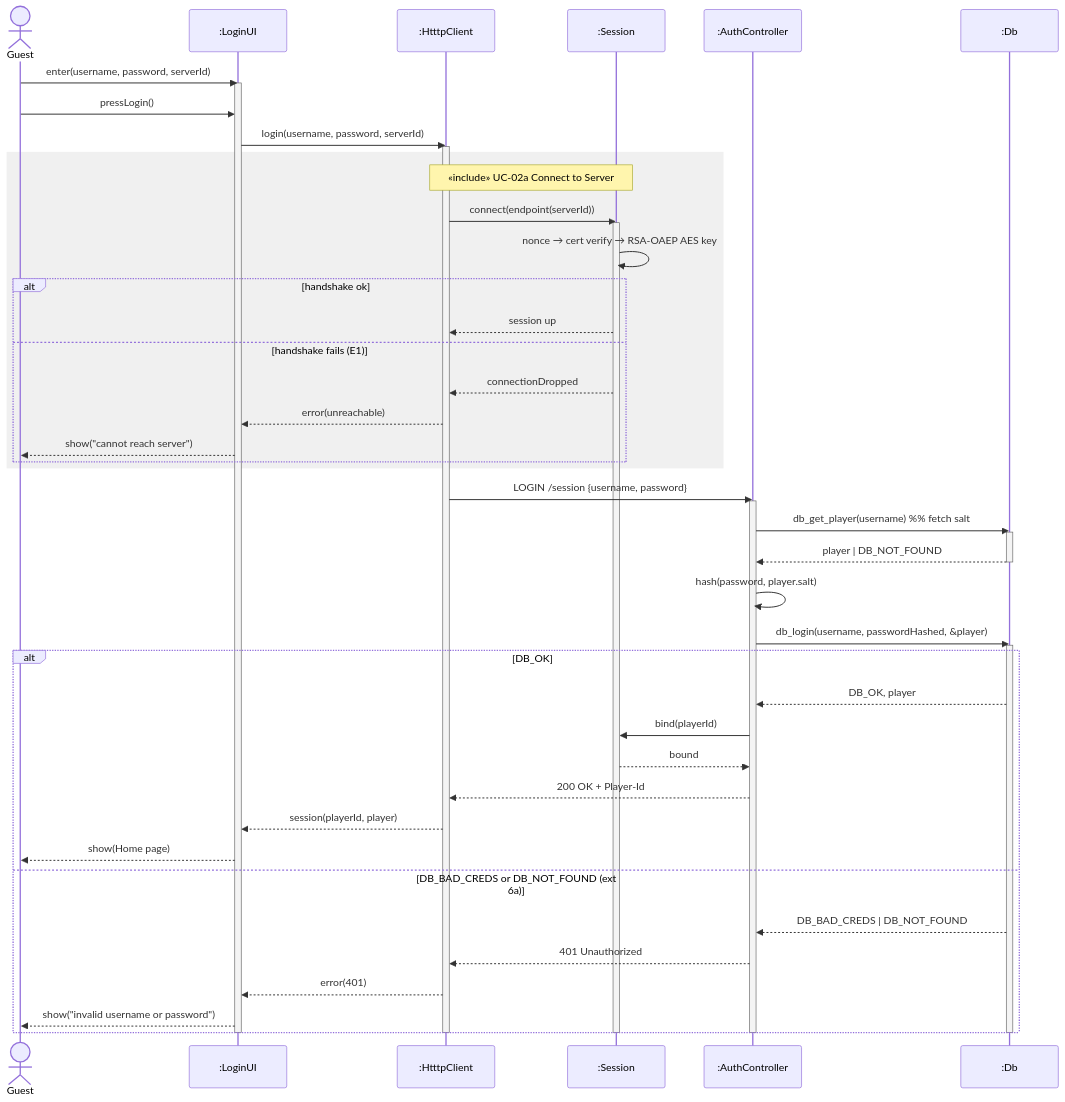
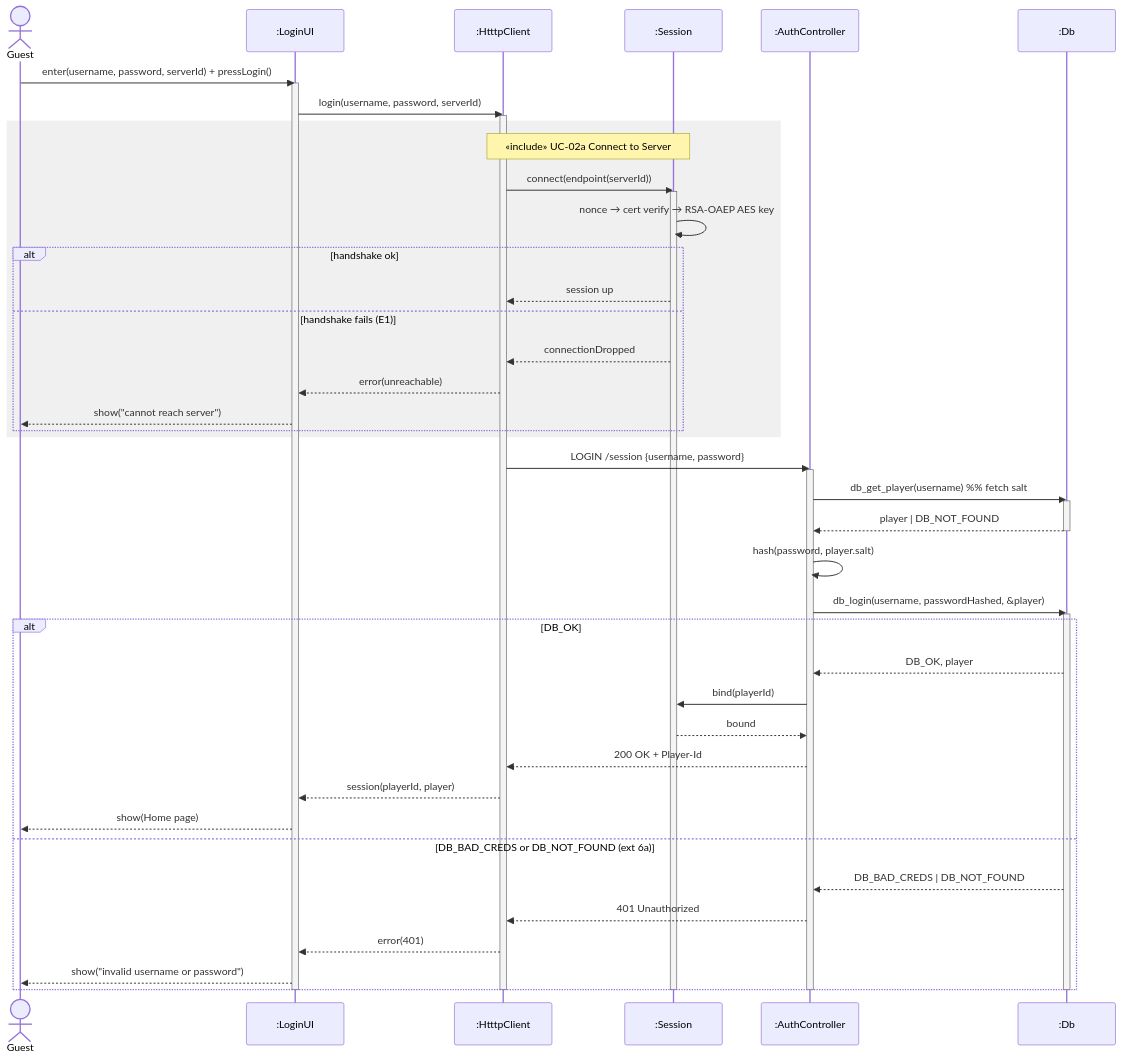
One commit to ziqiqiiii/tetriSH changed the tenth of 16 diagrams in docs/class_diagrams/cd_sd.md. Above: the diagram before and after it, drawn with Mermaid. The commit also changed other lines of this file, not shown here.

Commit message:
docs: refactor sequence diagram interactions by combining user actions

````diff
--- a/docs/class_diagrams/cd_sd.md
+++ b/docs/class_diagrams/cd_sd.md
@@ -856,62 +856,61 @@
 ```mermaid
 sequenceDiagram
     actor Guest
     participant UI as :LoginUI
     participant C as :HtttpClient
     participant S as :Session
     participant AC as :AuthController
     participant DB as :Db
 
-    Guest->>UI: enter(username, password, serverId)
+    Guest->>UI: enter(username, password, serverId) + pressLogin()
     activate UI
-    Guest->>UI: pressLogin()
     UI->>C: login(username, password, serverId)
     activate C
 
     rect rgb(240, 240, 240)
         note over C,S: «include» UC-02a Connect to Server
         C->>S: connect(endpoint(serverId))
         activate S
         S->>S: nonce → cert verify → RSA-OAEP AES key
         alt handshake ok
             S-->>C: session up
         else handshake fails  (E1)
             S-->>C: connectionDropped
             C-->>UI: error(unreachable)
             UI-->>Guest: show("cannot reach server")
         end
     end
 
     C->>AC: LOGIN /session {username, password}
     activate AC
 
     AC->>DB: db_get_player(username)  %% fetch salt
     activate DB
     DB-->>AC: player | DB_NOT_FOUND
     deactivate DB
 
     AC->>AC: hash(password, player.salt)
 
     AC->>DB: db_login(username, passwordHashed, &player)
     activate DB
 
     alt DB_OK
         DB-->>AC: DB_OK, player
         AC->>S: bind(playerId)
         S-->>AC: bound
         AC-->>C: 200 OK + Player-Id
         C-->>UI: session(playerId, player)
         UI-->>Guest: show(Home page)
     else DB_BAD_CREDS or DB_NOT_FOUND  (ext 6a)
         DB-->>AC: DB_BAD_CREDS | DB_NOT_FOUND
         AC-->>C: 401 Unauthorized
         C-->>UI: error(401)
         UI-->>Guest: show("invalid username or password")
     end
 
     deactivate DB
     deactivate AC
     deactivate S
     deactivate C
     deactivate UI
 ```
````
